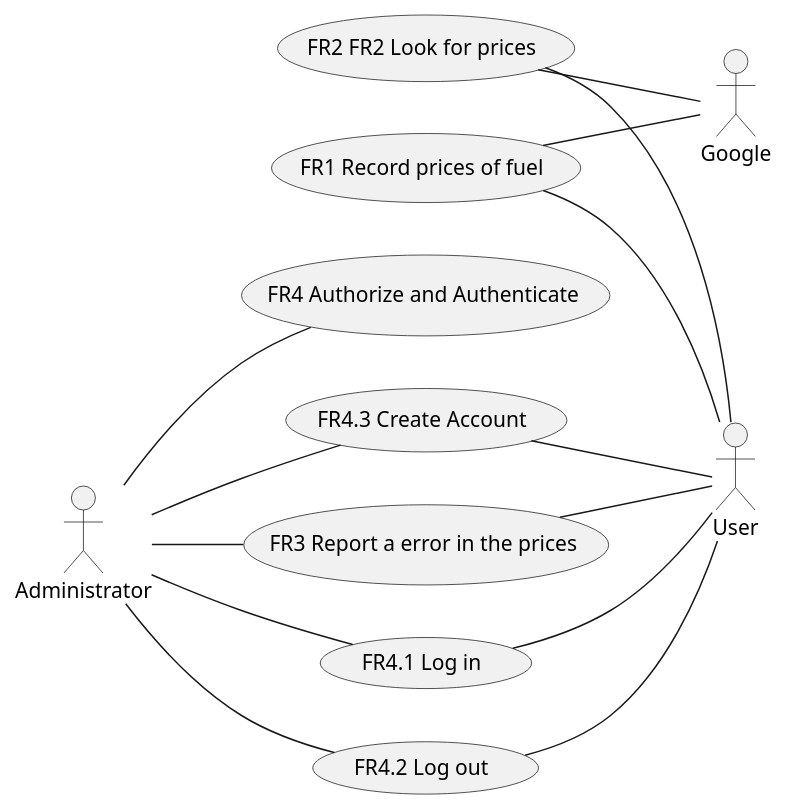
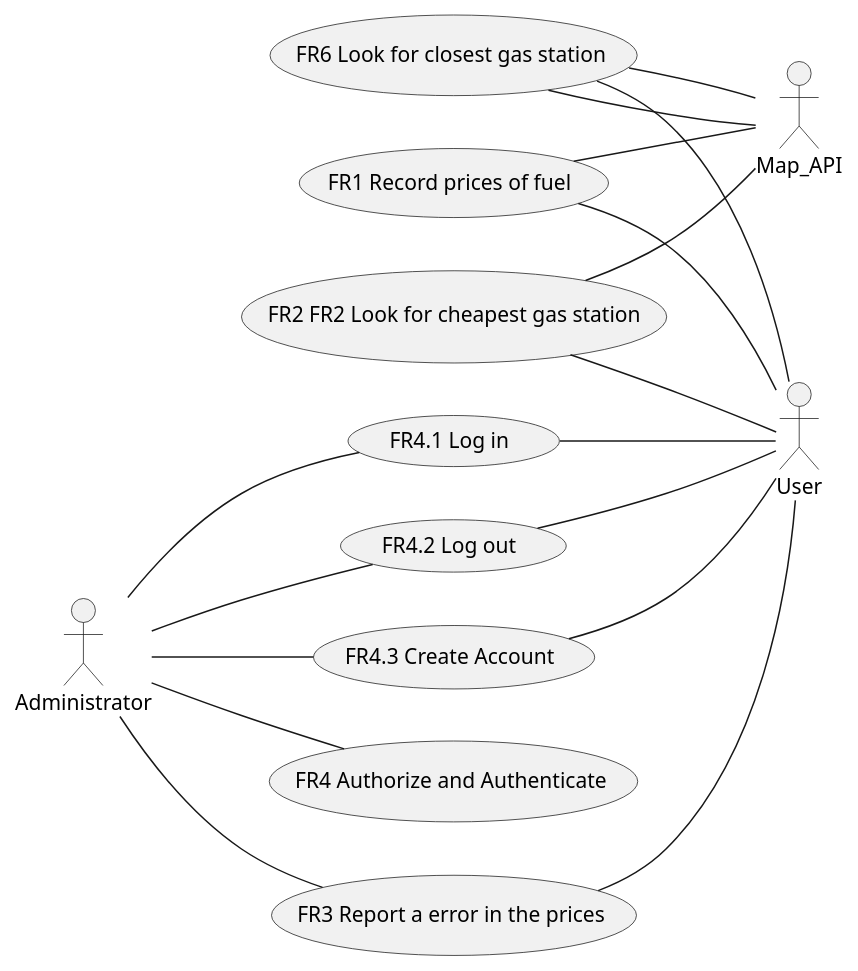
Before and after one commit to SoftengPoliTo/Lab2: the second of 3 diagrams in REQ_s280073.md, drawn with PlantUML. The commit also changed other lines of this file, not shown here.

````diff
--- a/REQ_s280073.md
+++ b/REQ_s280073.md
@@ -113,19 +114,23 @@
 ```plantuml
 left to right direction
 actor Administrator as a
 actor User as u
-actor Google as g
+actor Map_API as g
 (FR1 Record prices of fuel) -- u
 (FR1 Record prices of fuel) -- g
-(FR2 FR2 Look for prices) -- u
-(FR2 FR2 Look for prices) -- g
+(FR6 Look for closest gas station) -- g
+(FR2 FR2 Look for cheapest gas station) -- u
+(FR2 FR2 Look for cheapest gas station) -- g
 (FR3 Report a error in the prices) -- u
 a -- (FR3 Report a error in the prices)
 a -- (FR4 Authorize and Authenticate)
 a -- (FR4.1 Log in)
 (FR4.1 Log in) -- u
 a -- (FR4.2 Log out)
 (FR4.2 Log out) -- u
 a -- (FR4.3 Create Account) 
 (FR4.3 Create Account) -- u
+(FR6 Look for closest gas station) -- u
+(FR6 Look for closest gas station) -- g
+
 ```
````
